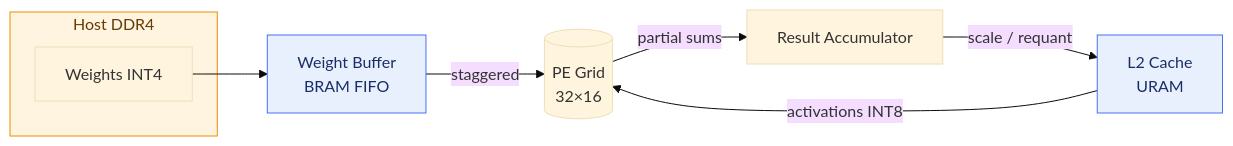
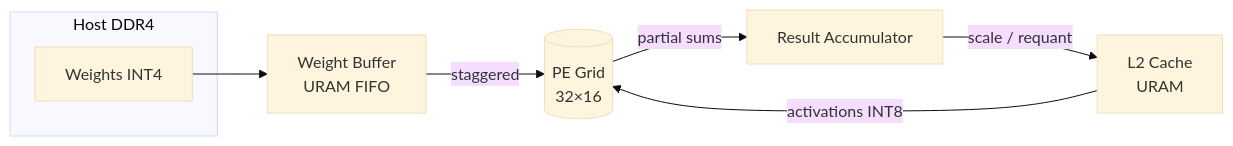
The diagram in ko/docs/v002/Architecture/gemm_core.rst (hwkim-dev/uCA), drawn with Mermaid (base theme) before and after one commit. The commit also changed 3 other files, not shown here.

First line of the commit message:
docs(ko): Mermaid 다이어그램의 하드코딩 색상 제거 (dark-mode 대응)

```diff
--- a/ko/docs/v002/Architecture/gemm_core.rst
+++ b/ko/docs/v002/Architecture/gemm_core.rst
@@ -87,15 +87,11 @@
 .. mermaid::
 
    flowchart LR
      subgraph Host[Host DDR4]
        W[Weights INT4]
      end
-     WB[Weight Buffer<br/>BRAM FIFO] -->|staggered| PE[(PE Grid<br/>32×16)]
+     WB[Weight Buffer<br/>URAM FIFO] -->|staggered| PE[(PE Grid<br/>32×16)]
      L2[L2 Cache<br/>URAM] -->|activations INT8| PE
      PE -->|partial sums| RA[Result Accumulator]
      RA -->|scale / requant| L2
      W --> WB
-     classDef cache fill:#e8f0fe,stroke:#4c6ef5,color:#1a2e66;
-     classDef mem fill:#fff4e0,stroke:#f08c00,color:#663c00;
-     class WB,L2 cache
-     class Host mem
```
